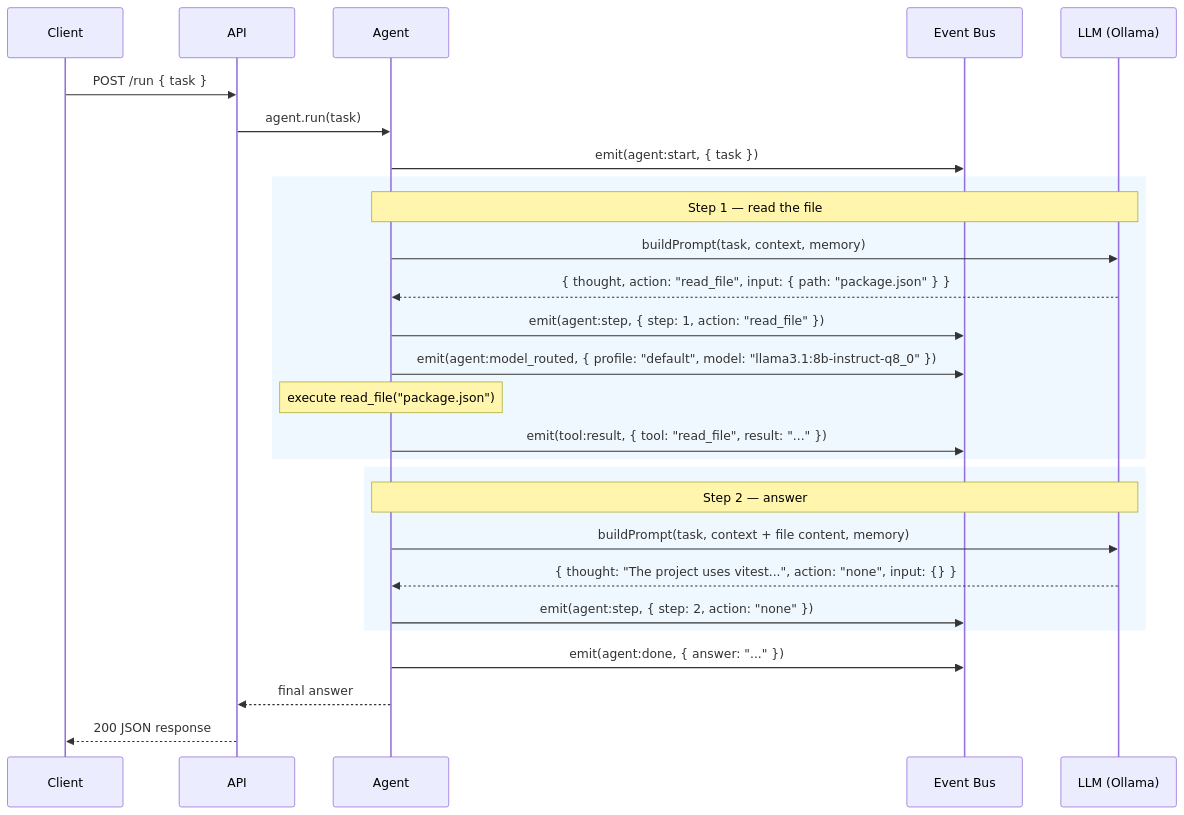
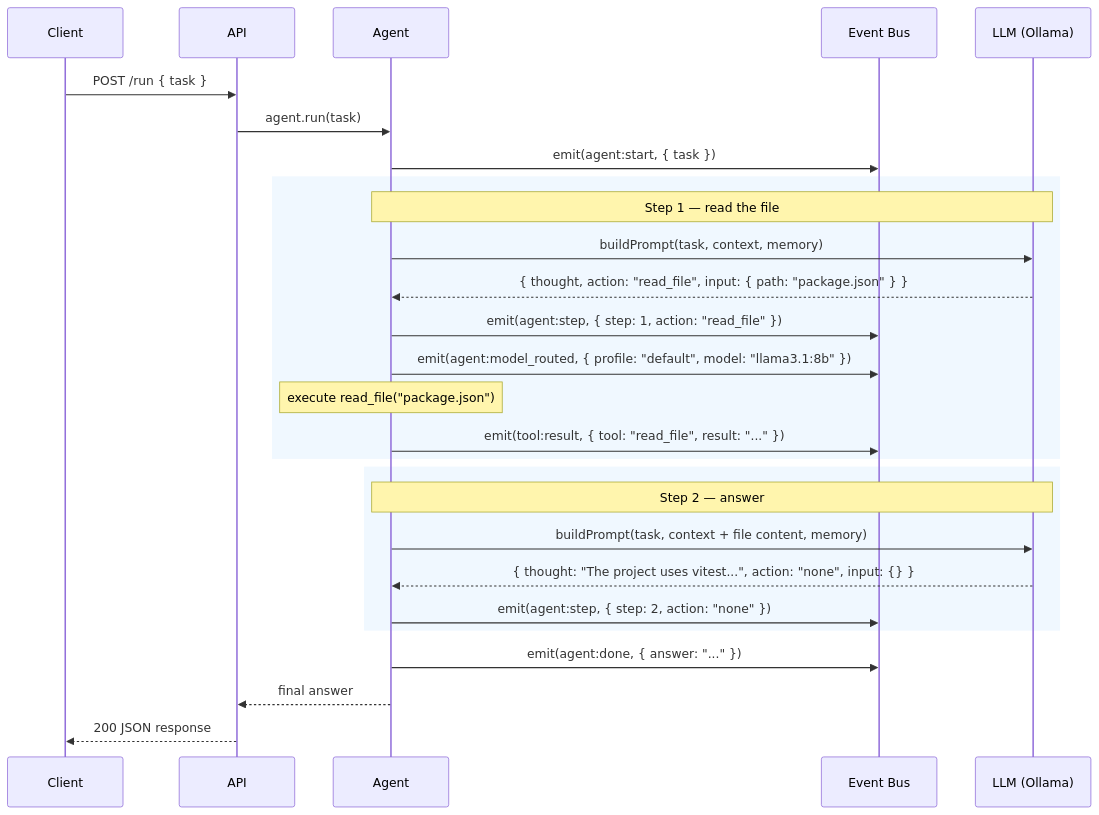
Before and after one commit to Guebbit/AI-coding-assistant: the diagram in docs/examples/read-and-answer.md, drawn with Mermaid. The commit also changed other lines of this file and 30 other files, not shown here.

````diff
--- a/docs/examples/read-and-answer.md
+++ b/docs/examples/read-and-answer.md
@@ -28,33 +28,33 @@
 ```mermaid
 sequenceDiagram
     participant Client
     participant API
     participant Agent
     participant Events as Event Bus
     participant LLM as LLM (Ollama)
 
     Client->>API: POST /run { task }
     API->>Agent: agent.run(task)
     Agent->>Events: emit(agent:start, { task })
 
     rect rgb(240, 248, 255)
         Note over Agent,LLM: Step 1 — read the file
         Agent->>LLM: buildPrompt(task, context, memory)
         LLM-->>Agent: { thought, action: "read_file", input: { path: "package.json" } }
         Agent->>Events: emit(agent:step, { step: 1, action: "read_file" })
-        Agent->>Events: emit(agent:model_routed, { profile: "default", model: "llama3.1:8b-instruct-q8_0" })
+        Agent->>Events: emit(agent:model_routed, { profile: "default", model: "llama3.1:8b" })
         Note over Agent: execute read_file("package.json")
         Agent->>Events: emit(tool:result, { tool: "read_file", result: "..." })
     end
 
     rect rgb(240, 248, 255)
         Note over Agent,LLM: Step 2 — answer
         Agent->>LLM: buildPrompt(task, context + file content, memory)
         LLM-->>Agent: { thought: "The project uses vitest...", action: "none", input: {} }
         Agent->>Events: emit(agent:step, { step: 2, action: "none" })
     end
 
     Agent->>Events: emit(agent:done, { answer: "..." })
     Agent-->>API: final answer
     API-->>Client: 200 JSON response
 ```
````
